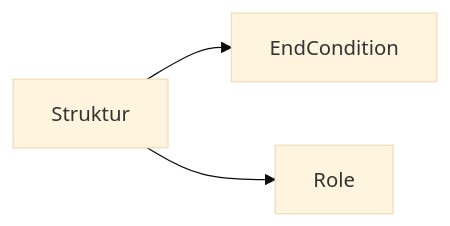
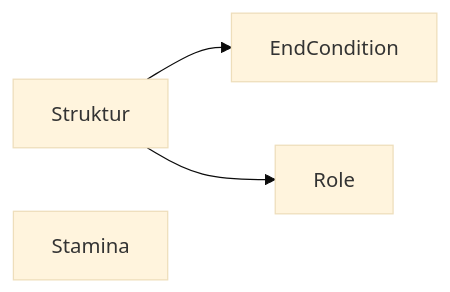
Before and after one commit to awanama93/chasetag-site: the diagram in content/MechanicDiagram.md, drawn with Mermaid (base theme).

Commit message:
Published 1 file

````diff
--- a/content/MechanicDiagram.md
+++ b/content/MechanicDiagram.md
@@ -1,7 +1,11 @@
 ```mermaid
 graph LR;
 Struktur --> EndCondition;
 Struktur --> Role;
+Stamina;
 
-click Struktur "./CoreMechanic#^struktur-permainan" "Cek struktur"
+click Struktur "./CoreMechanic#^struktur-permainan" "Cek struktur permainan"
+click EndCondition "./CoreMechanic#^end-condition" "Cek end condition"
+click Role "./CoreMechanic#^role" "Cek struktur permainan"
+click Stamina "./CoreMechanic#^stamina" "Cek struktur permainan"
 ```
````
